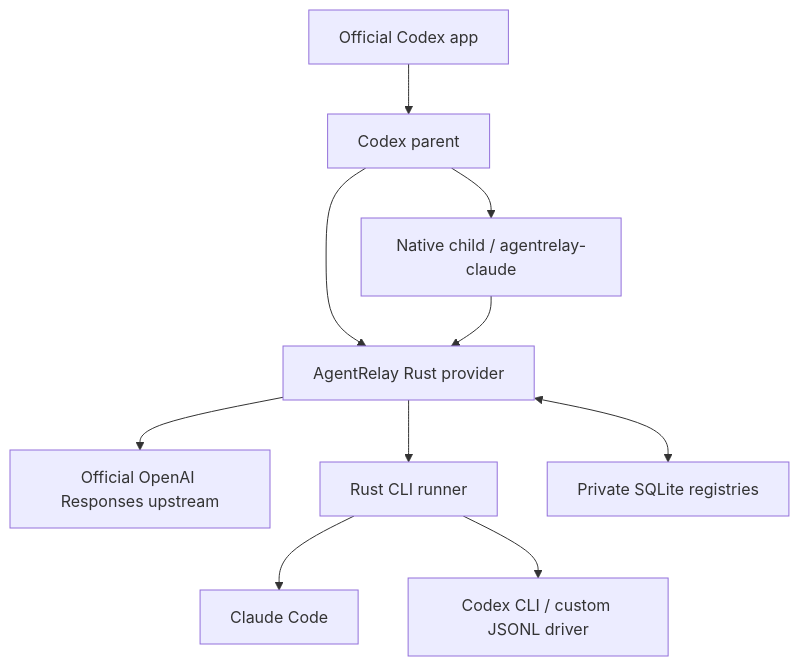
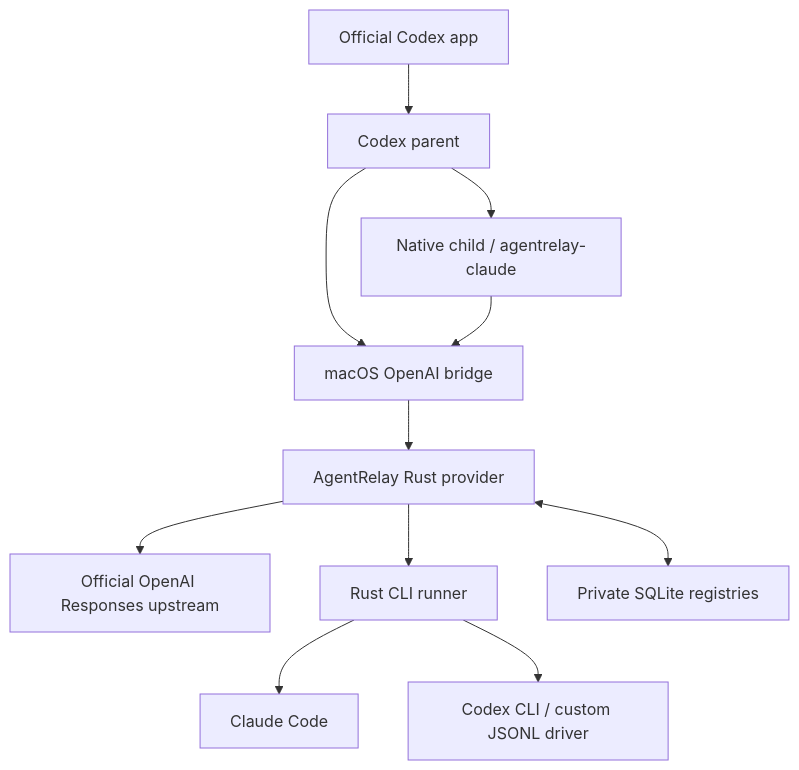
Before and after one commit to AgentCraft-Labs/agent-relay: the first of 5 diagrams in readme.md, drawn with Mermaid. The commit also changed other lines of this file and 18 other files, not shown here.

````diff
--- a/readme.md
+++ b/readme.md
@@ -33,12 +33,13 @@
 ```mermaid
 flowchart TD
     App[Official Codex app] --> Parent[Codex parent]
     Parent --> Native[Native child / agentrelay-claude]
-    Parent --> Router[AgentRelay Rust provider]
-    Native --> Router
+    Parent --> Bridge[macOS OpenAI bridge]
+    Native --> Bridge
+    Bridge --> Router[AgentRelay Rust provider]
     Router --> OpenAI[Official OpenAI Responses upstream]
     Router --> Runner[Rust CLI runner]
     Runner --> Claude[Claude Code]
     Runner --> Other[Codex CLI / custom JSONL driver]
     Router <--> Registry[Private SQLite registries]
 ```
````
